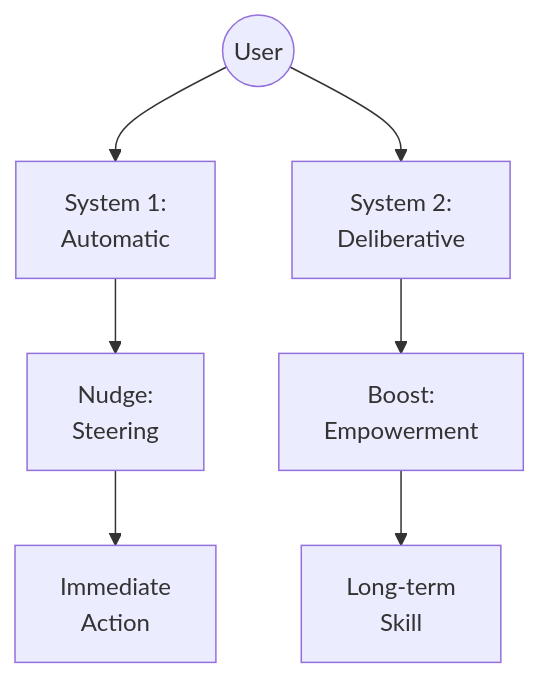
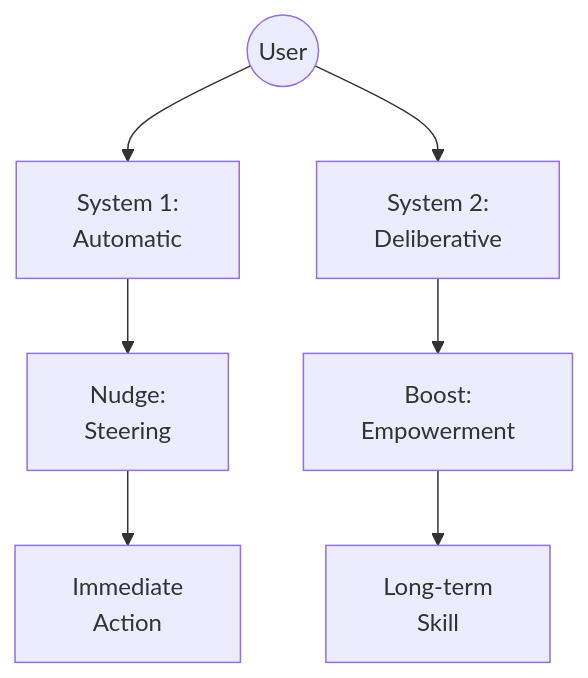
One commit to GM024/CourseSummaries changed the fourth of 7 diagrams in Communication_Influence/Mastery_Guide_SOW_BS033.md. Above: the diagram before and after it, drawn with Mermaid. The commit also changed other lines of this file, not shown here.

Commit message:
Implement Forced Padding (&nbsp;) in all Mermaid diagrams to prevent overflow

````diff
--- a/Communication_Influence/Mastery_Guide_SOW_BS033.md
+++ b/Communication_Influence/Mastery_Guide_SOW_BS033.md
@@ -119,9 +119,9 @@
 ```mermaid
 graph TD
-    User((User)) --> S1[System 1:<br/>Automatic]
-    User --> S2[System 2:<br/>Deliberative]
-    S1 --> Nudge[Nudge:<br/>Steering]
-    S2 --> Boost[Boost:<br/>Empowerment]
-    Nudge --> Behavior[Immediate<br/>Action]
-    Boost --> Competence[Long-term<br/>Skill]
+    User((User)) --> S1["&nbsp; System 1: &nbsp;<br/>&nbsp; Automatic &nbsp;"]
+    User --> S2["&nbsp; System 2: &nbsp;<br/>&nbsp; Deliberative &nbsp;"]
+    S1 --> Nudge["&nbsp; Nudge: &nbsp;<br/>&nbsp; Steering &nbsp;"]
+    S2 --> Boost["&nbsp; Boost: &nbsp;<br/>&nbsp; Empowerment &nbsp;"]
+    Nudge --> Behavior["&nbsp; Immediate &nbsp;<br/>&nbsp; Action &nbsp;"]
+    Boost --> Competence["&nbsp; Long-term &nbsp;<br/>&nbsp; Skill &nbsp;"]
 ```
````
